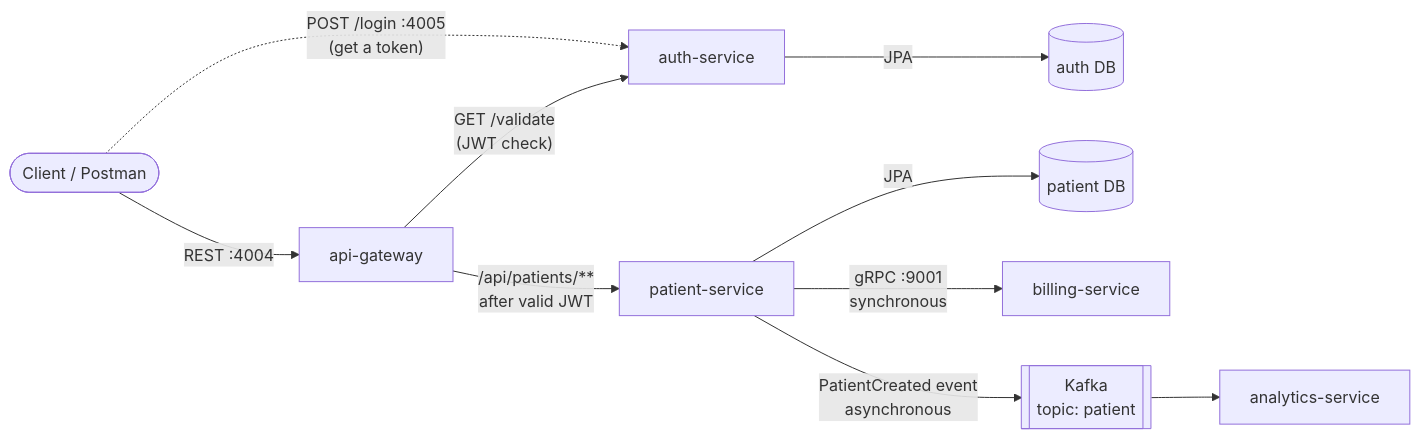
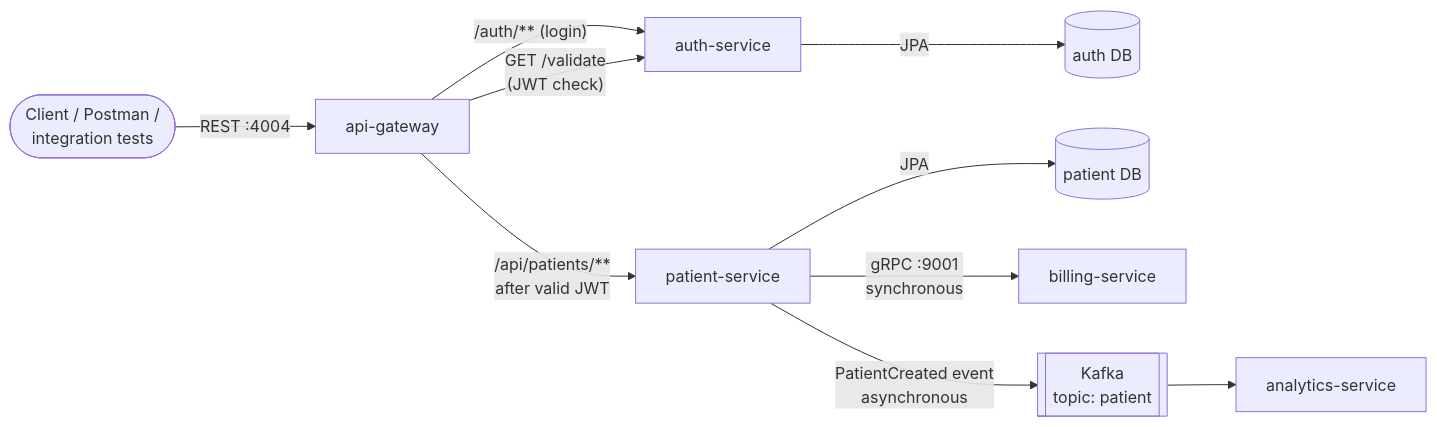
The diagram in README.md (anilsingaria/patient-management), drawn with Mermaid before and after one commit. The commit also changed other lines of this file and 10 other files, not shown here.

Commit message:
Add integration tests, gateway JWT exception handling and WIP CDK infrastructure

````diff
--- a/README.md
+++ b/README.md
@@ -18,12 +20,12 @@
 ```mermaid
 flowchart LR
-    Client([Client / Postman]) -->|REST :4004| GW[api-gateway]
-    GW -->|"GET /validate<br/>(JWT check)"| AUTH[auth-service]
+    Client([Client / Postman /<br/>integration tests]) -->|REST :4004| GW[api-gateway]
+    GW -->|"/auth/** (login)"| AUTH[auth-service]
+    GW -->|"GET /validate<br/>(JWT check)"| AUTH
     AUTH -->|JPA| ADB[(auth DB)]
     GW -->|"/api/patients/**<br/>after valid JWT"| PS[patient-service]
     PS -->|JPA| PDB[(patient DB)]
     PS -->|gRPC :9001<br/>synchronous| BS[billing-service]
     PS -->|PatientCreated event<br/>asynchronous| K[[Kafka<br/>topic: patient]]
     K --> AS[analytics-service]
-    Client -.->|"POST /login :4005<br/>(get a token)"| AUTH
 ```
````
